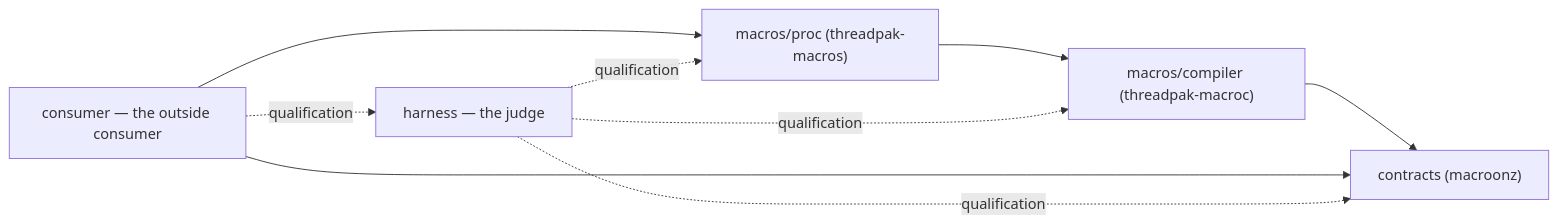
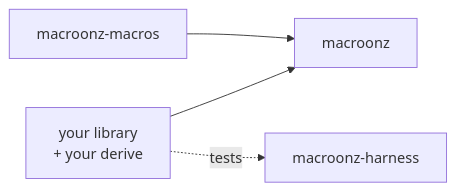
Before and after one commit to freebatteryfactory/Macroonz: the first of 2 diagrams in README.md, drawn with Mermaid. The commit also changed other lines of this file and 540 other files, not shown here.

First line of the commit message:
Rebuild the tree as macroonz: a generic compiler, its harness, and the proc seat

````diff
--- a/README.md
+++ b/README.md
@@ -40,11 +40,6 @@
 ```mermaid
 flowchart LR
-    PROC["macros/proc (threadpak-macros)"] --> MC["macros/compiler (threadpak-macroc)"]
-    MC --> CONTRACTS["contracts (macroonz)"]
-    CONS["consumer — the outside consumer"] --> CONTRACTS
-    CONS --> PROC
-    CONS -. qualification .-> HARNESS["harness — the judge"]
-    HARNESS -. qualification .-> CONTRACTS
-    HARNESS -. qualification .-> MC
-    HARNESS -. qualification .-> PROC
+    YOU["your library<br/>+ your derive"] --> C["macroonz"]
+    PROC["macroonz-macros"] --> C
+    YOU -. tests .-> H["macroonz-harness"]
 ```
````
